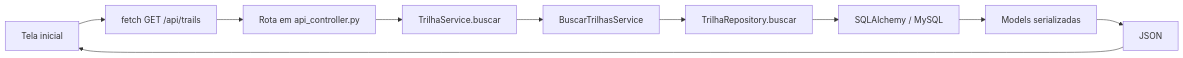
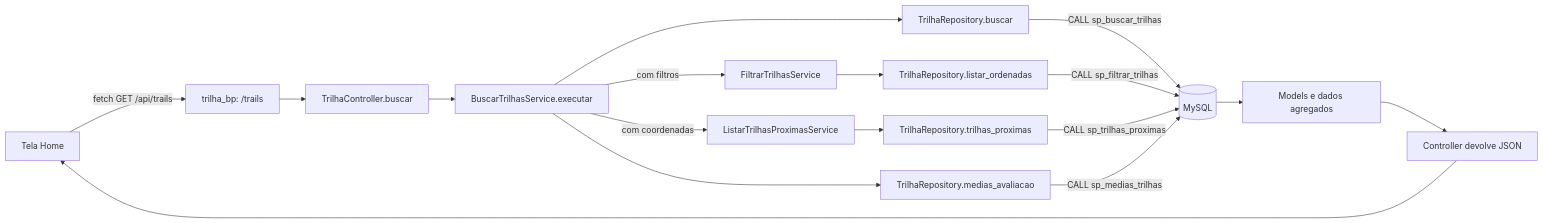
The diagram in docs/fluxogramas/buscar_trilhas.md (Diethyllether/TrailUp), drawn with Mermaid before and after one commit. The commit also changed other lines of this file and 12 other files, not shown here.

````diff
--- a/docs/fluxogramas/buscar_trilhas.md
+++ b/docs/fluxogramas/buscar_trilhas.md
@@ -5,12 +3,19 @@
 ```mermaid
 flowchart LR
-  A[Tela inicial] --> B[fetch GET /api/trails]
-  B --> C[Rota em api_controller.py]
-  C --> D[TrilhaService.buscar]
-  D --> E[BuscarTrilhasService]
-  E --> F[TrilhaRepository.buscar]
-  F --> G[SQLAlchemy / MySQL]
-  G --> H[Models serializadas]
-  H --> I[JSON]
-  I --> A
+  A[Tela Home] -->|fetch GET /api/trails| B[trilha_bp: /trails]
+  B --> C[TrilhaController.buscar]
+  C --> D[BuscarTrilhasService.executar]
+  D --> E[TrilhaRepository.buscar]
+  E -->|CALL sp_buscar_trilhas| F[(MySQL)]
+  D -->|com filtros| G[FiltrarTrilhasService]
+  G --> H[TrilhaRepository.listar_ordenadas]
+  H -->|CALL sp_filtrar_trilhas| F
+  D -->|com coordenadas| I[ListarTrilhasProximasService]
+  I --> J[TrilhaRepository.trilhas_proximas]
+  J -->|CALL sp_trilhas_proximas| F
+  D --> K[TrilhaRepository.medias_avaliacao]
+  K -->|CALL sp_medias_trilhas| F
+  F --> L[Models e dados agregados]
+  L --> M[Controller devolve JSON]
+  M --> A
 ```
````
